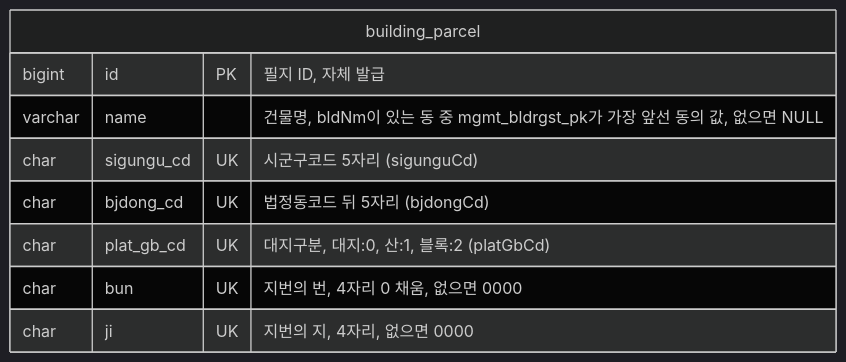
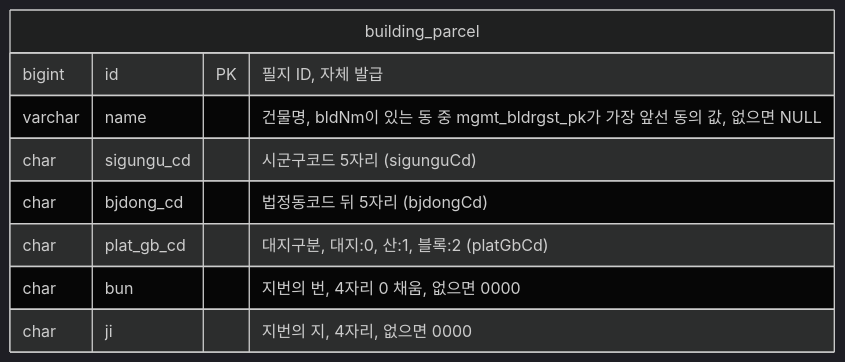
One commit to f-lab-edu/jipsee changed the third of 4 diagrams in docs/erd.md. Above: the diagram before and after it, drawn with Mermaid (dark theme). The commit also changed other lines of this file, not shown here.

Commit message:
docs: ERD 컬럼별 UK 표기 제거

````diff
--- a/docs/erd.md
+++ b/docs/erd.md
@@ -41,12 +41,12 @@
 ```mermaid
 erDiagram
     building_parcel {
         bigint id PK "필지 ID, 자체 발급"
         varchar name "건물명, bldNm이 있는 동 중 mgmt_bldrgst_pk가 가장 앞선 동의 값, 없으면 NULL"
-        char sigungu_cd UK "시군구코드 5자리 (sigunguCd)"
-        char bjdong_cd UK "법정동코드 뒤 5자리 (bjdongCd)"
-        char plat_gb_cd UK "대지구분, 대지:0, 산:1, 블록:2 (platGbCd)"
-        char bun UK "지번의 번, 4자리 0 채움, 없으면 0000"
-        char ji UK "지번의 지, 4자리, 없으면 0000"
+        char sigungu_cd "시군구코드 5자리 (sigunguCd)"
+        char bjdong_cd "법정동코드 뒤 5자리 (bjdongCd)"
+        char plat_gb_cd "대지구분, 대지:0, 산:1, 블록:2 (platGbCd)"
+        char bun "지번의 번, 4자리 0 채움, 없으면 0000"
+        char ji "지번의 지, 4자리, 없으면 0000"
     }
 ```
````
